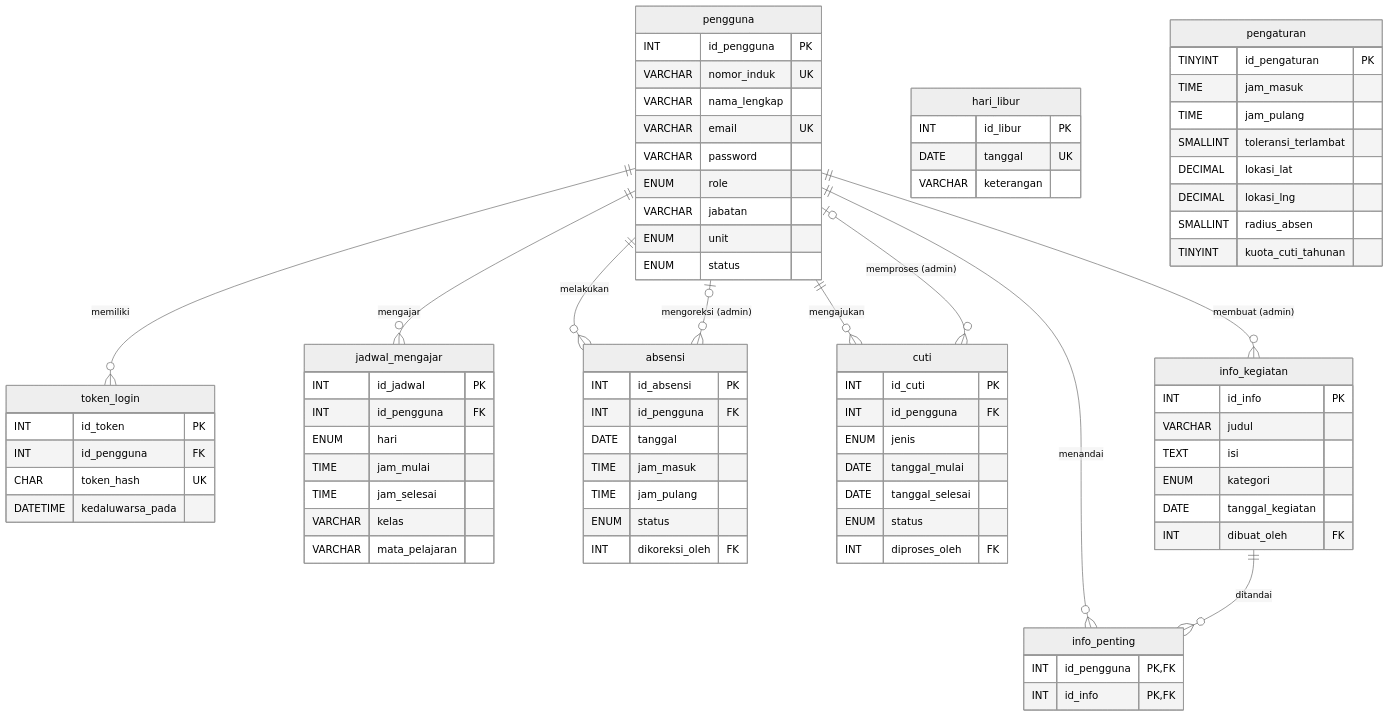
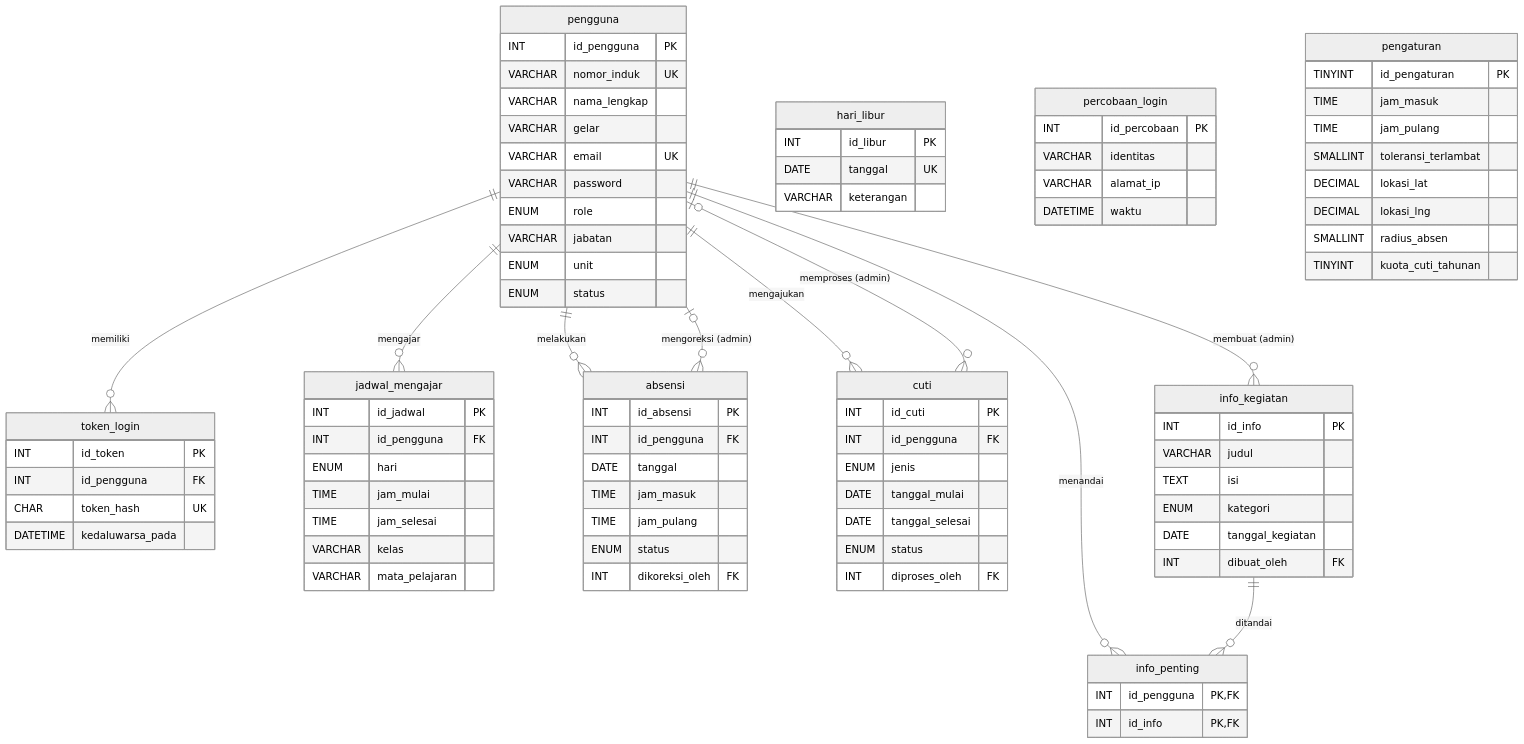
Before and after one commit to pentest-acc/kepegawaian-guru: the diagram in database/README.md, drawn with Mermaid (neutral theme). The commit also changed other lines of this file and 2 other files, not shown here.

First line of the commit message:
Database Sesi 2: gelar, percobaan login, info kegiatan contoh

```diff
--- a/database/README.md
+++ b/database/README.md
@@ -23,6 +23,7 @@
         INT id_pengguna PK
         VARCHAR nomor_induk UK
         VARCHAR nama_lengkap
+        VARCHAR gelar
         VARCHAR email UK
         VARCHAR password
         ENUM role
@@ -80,6 +81,12 @@
         DATE tanggal UK
         VARCHAR keterangan
     }
+    percobaan_login {
+        INT id_percobaan PK
+        VARCHAR identitas
+        VARCHAR alamat_ip
+        DATETIME waktu
+    }
     pengaturan {
         TINYINT id_pengaturan PK
         TIME jam_masuk
```
